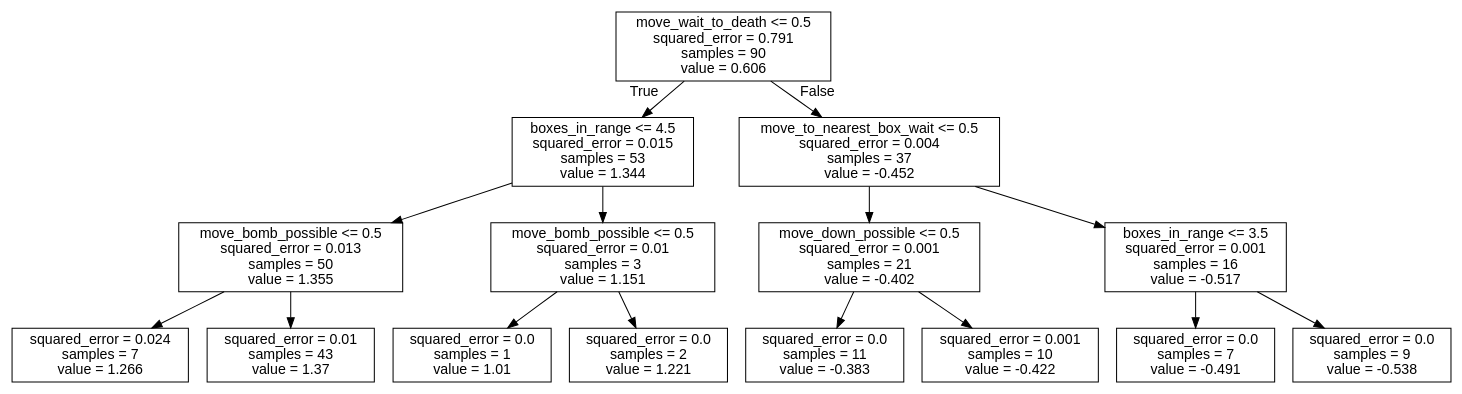
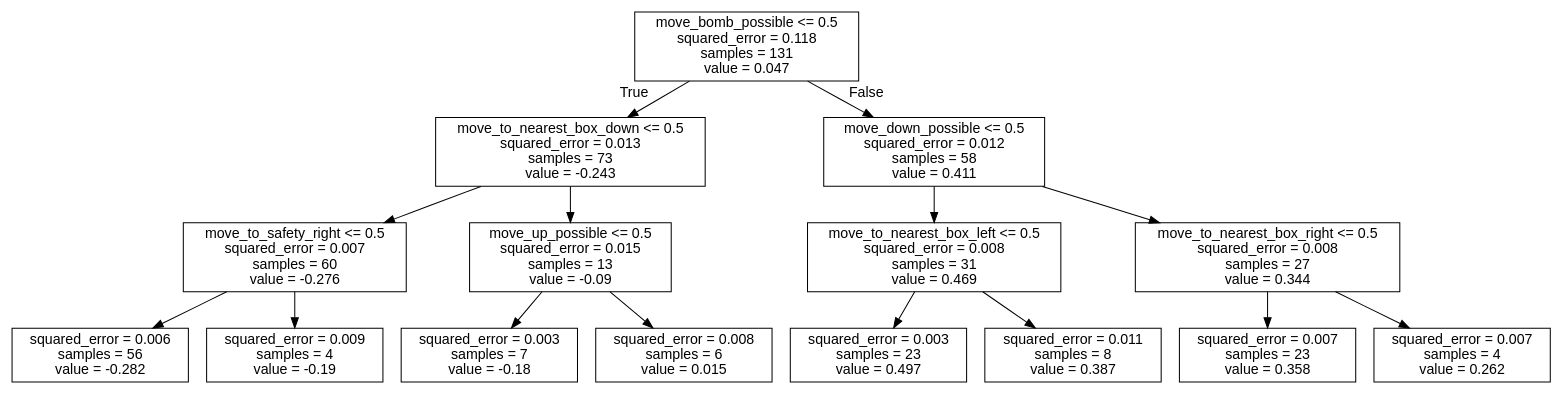
The diagram in bomberman_rl/agent_code/my_agent/trees/BOMB.dot (J-Gann/FML), drawn with Graphviz before and after one commit. The commit also changed 11 other files, not shown here.

```diff
--- a/bomberman_rl/agent_code/my_agent/trees/BOMB.dot
+++ b/bomberman_rl/agent_code/my_agent/trees/BOMB.dot
@@ -1,33 +1,33 @@
 digraph Tree {
 node [shape=box, fontname="helvetica"] ;
 edge [fontname="helvetica"] ;
-0 [label="move_wait_to_death <= 0.5\nsquared_error = 0.791\nsamples = 90\nvalue = 0.606"] ;
-1 [label="boxes_in_range <= 4.5\nsquared_error = 0.015\nsamples = 53\nvalue = 1.344"] ;
+0 [label="move_bomb_possible <= 0.5\nsquared_error = 0.118\nsamples = 131\nvalue = 0.047"] ;
+1 [label="move_to_nearest_box_down <= 0.5\nsquared_error = 0.013\nsamples = 73\nvalue = -0.243"] ;
 0 -> 1 [labeldistance=2.5, labelangle=45, headlabel="True"] ;
-2 [label="move_bomb_possible <= 0.5\nsquared_error = 0.013\nsamples = 50\nvalue = 1.355"] ;
+2 [label="move_to_safety_right <= 0.5\nsquared_error = 0.007\nsamples = 60\nvalue = -0.276"] ;
 1 -> 2 ;
-3 [label="squared_error = 0.024\nsamples = 7\nvalue = 1.266"] ;
+3 [label="squared_error = 0.006\nsamples = 56\nvalue = -0.282"] ;
 2 -> 3 ;
-4 [label="squared_error = 0.01\nsamples = 43\nvalue = 1.37"] ;
+4 [label="squared_error = 0.009\nsamples = 4\nvalue = -0.19"] ;
 2 -> 4 ;
-5 [label="move_bomb_possible <= 0.5\nsquared_error = 0.01\nsamples = 3\nvalue = 1.151"] ;
+5 [label="move_up_possible <= 0.5\nsquared_error = 0.015\nsamples = 13\nvalue = -0.09"] ;
 1 -> 5 ;
-6 [label="squared_error = 0.0\nsamples = 1\nvalue = 1.01"] ;
+6 [label="squared_error = 0.003\nsamples = 7\nvalue = -0.18"] ;
 5 -> 6 ;
-7 [label="squared_error = 0.0\nsamples = 2\nvalue = 1.221"] ;
+7 [label="squared_error = 0.008\nsamples = 6\nvalue = 0.015"] ;
 5 -> 7 ;
-8 [label="move_to_nearest_box_wait <= 0.5\nsquared_error = 0.004\nsamples = 37\nvalue = -0.452"] ;
+8 [label="move_down_possible <= 0.5\nsquared_error = 0.012\nsamples = 58\nvalue = 0.411"] ;
 0 -> 8 [labeldistance=2.5, labelangle=-45, headlabel="False"] ;
-9 [label="move_down_possible <= 0.5\nsquared_error = 0.001\nsamples = 21\nvalue = -0.402"] ;
+9 [label="move_to_nearest_box_left <= 0.5\nsquared_error = 0.008\nsamples = 31\nvalue = 0.469"] ;
 8 -> 9 ;
-10 [label="squared_error = 0.0\nsamples = 11\nvalue = -0.383"] ;
+10 [label="squared_error = 0.003\nsamples = 23\nvalue = 0.497"] ;
 9 -> 10 ;
-11 [label="squared_error = 0.001\nsamples = 10\nvalue = -0.422"] ;
+11 [label="squared_error = 0.011\nsamples = 8\nvalue = 0.387"] ;
 9 -> 11 ;
-12 [label="boxes_in_range <= 3.5\nsquared_error = 0.001\nsamples = 16\nvalue = -0.517"] ;
+12 [label="move_to_nearest_box_right <= 0.5\nsquared_error = 0.008\nsamples = 27\nvalue = 0.344"] ;
 8 -> 12 ;
-13 [label="squared_error = 0.0\nsamples = 7\nvalue = -0.491"] ;
+13 [label="squared_error = 0.007\nsamples = 23\nvalue = 0.358"] ;
 12 -> 13 ;
-14 [label="squared_error = 0.0\nsamples = 9\nvalue = -0.538"] ;
+14 [label="squared_error = 0.007\nsamples = 4\nvalue = 0.262"] ;
 12 -> 14 ;
 }
```
